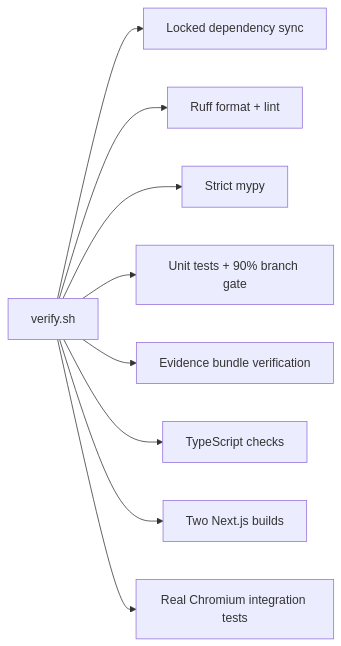
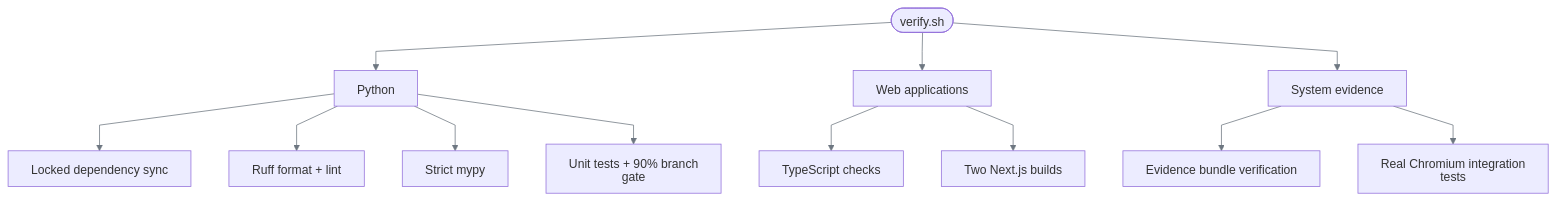
Before and after one commit to SivaTSS/replay-forge: the diagram in docs/verification.md, drawn with Mermaid. The commit also changed 7 other files, not shown here.

Commit message:
docs: standardize Mermaid diagrams

````diff
--- a/docs/verification.md
+++ b/docs/verification.md
@@ -9,11 +9,17 @@
 ```mermaid
-flowchart LR
-    V[verify.sh] --> D[Locked dependency sync]
-    V --> F[Ruff format + lint]
-    V --> M[Strict mypy]
-    V --> U[Unit tests + 90% branch gate]
-    V --> E[Evidence bundle verification]
-    V --> T[TypeScript checks]
-    V --> B[Two Next.js builds]
-    V --> I[Real Chromium integration tests]
+%%{init: {"htmlLabels":false,"themeVariables":{"lineColor":"#6E7781","signalColor":"#6E7781"},"flowchart":{"curve":"linear"},"sequence":{"wrap":true}}}%%
+flowchart TB
+    V([verify.sh]) --> PY[Python]
+    V --> WEB[Web applications]
+    V --> SYS[System evidence]
+
+    PY --> D[Locked dependency sync]
+    PY --> F[Ruff format + lint]
+    PY --> M[Strict mypy]
+    PY --> U[Unit tests + 90% branch gate]
+    WEB --> T[TypeScript checks]
+    WEB --> B[Two Next.js builds]
+    SYS --> E[Evidence bundle verification]
+    SYS --> I[Real Chromium integration tests]
+
 ```
````
